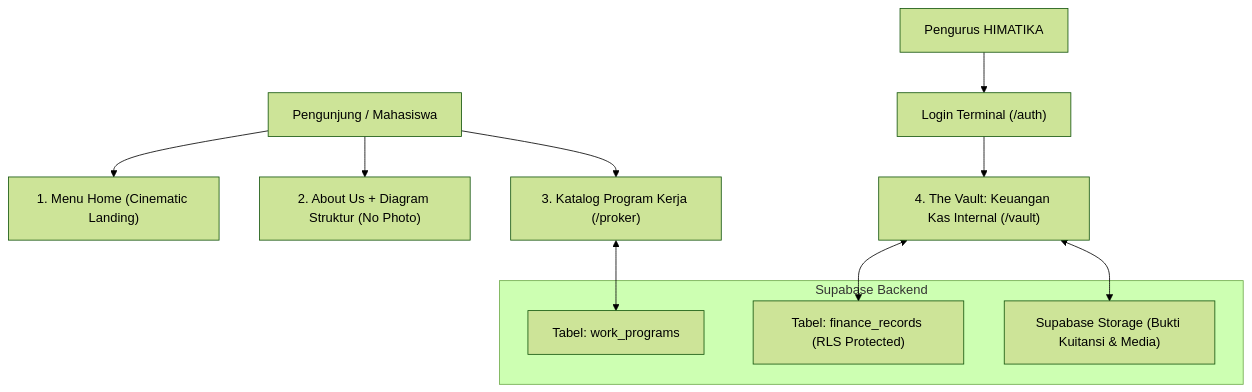
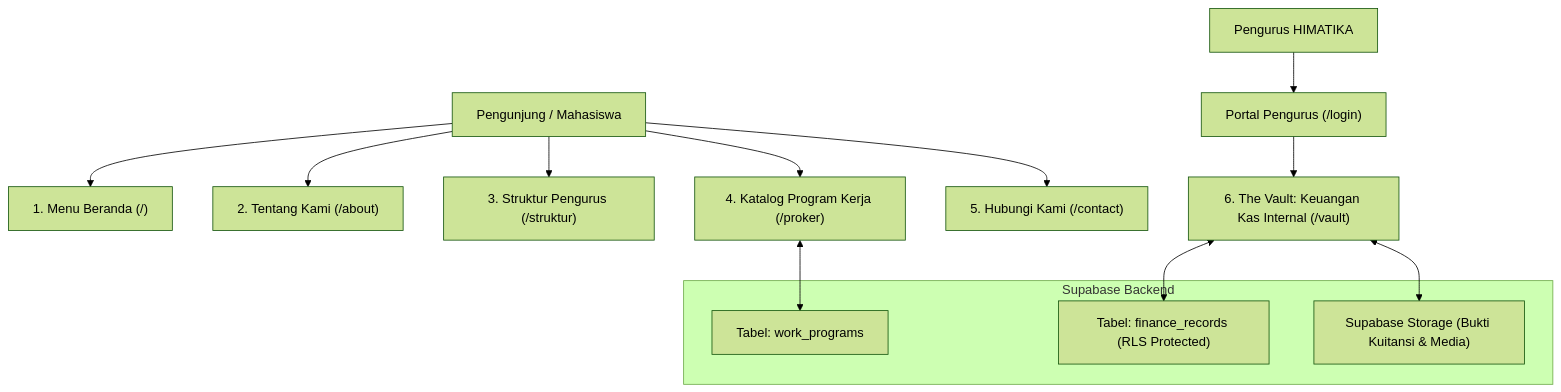
One commit to Ganshirae/himatika_web changed the first of 2 diagrams in PROJECT.md. Above: the diagram before and after it, drawn with Mermaid (forest theme). The commit also changed other lines of this file and 21 other files, not shown here.

````diff
--- a/PROJECT.md
+++ b/PROJECT.md
@@ -61,19 +62,21 @@
 ```mermaid
 flowchart TD
-    User["Pengunjung / Mahasiswa"] --> Home["1. Menu Home (Cinematic Landing)"]
-    User --> About["2. About Us + Diagram Struktur (No Photo)"]
-    User --> Proker["3. Katalog Program Kerja (/proker)"]
+    User["Pengunjung / Mahasiswa"] --> Home["1. Menu Beranda (/)"]
+    User --> About["2. Tentang Kami (/about)"]
+    User --> Struktur["3. Struktur Pengurus (/struktur)"]
+    User --> Proker["4. Katalog Program Kerja (/proker)"]
+    User --> Contact["5. Hubungi Kami (/contact)"]
     
-    Pengurus["Pengurus HIMATIKA"] --> Login["Login Terminal (/auth)"]
-    Login --> Vault["4. The Vault: Keuangan Kas Internal (/vault)"]
+    Pengurus["Pengurus HIMATIKA"] --> Login["Portal Pengurus (/login)"]
+    Login --> Vault["6. The Vault: Keuangan Kas Internal (/vault)"]
 
     subgraph DataLayer ["Supabase Backend"]
         DB_Proker["Tabel: work_programs"]
         DB_Finance["Tabel: finance_records (RLS Protected)"]
         DB_Storage["Supabase Storage (Bukti Kuitansi & Media)"]
     end
 
     Proker <--> DB_Proker
     Vault <--> DB_Finance
     Vault <--> DB_Storage
 ```
````
